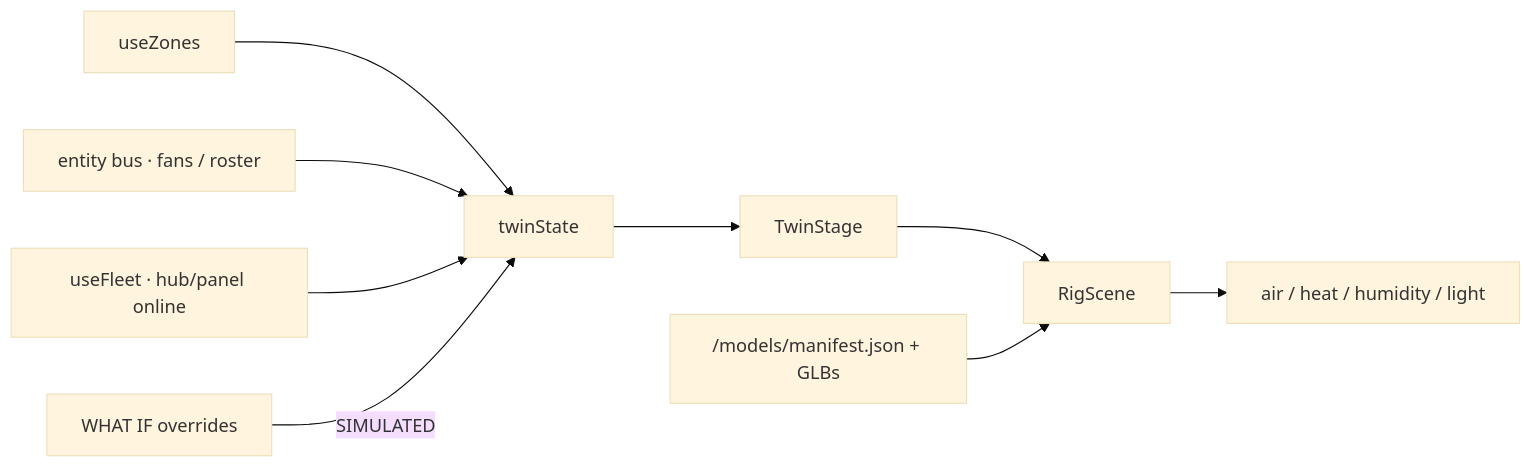
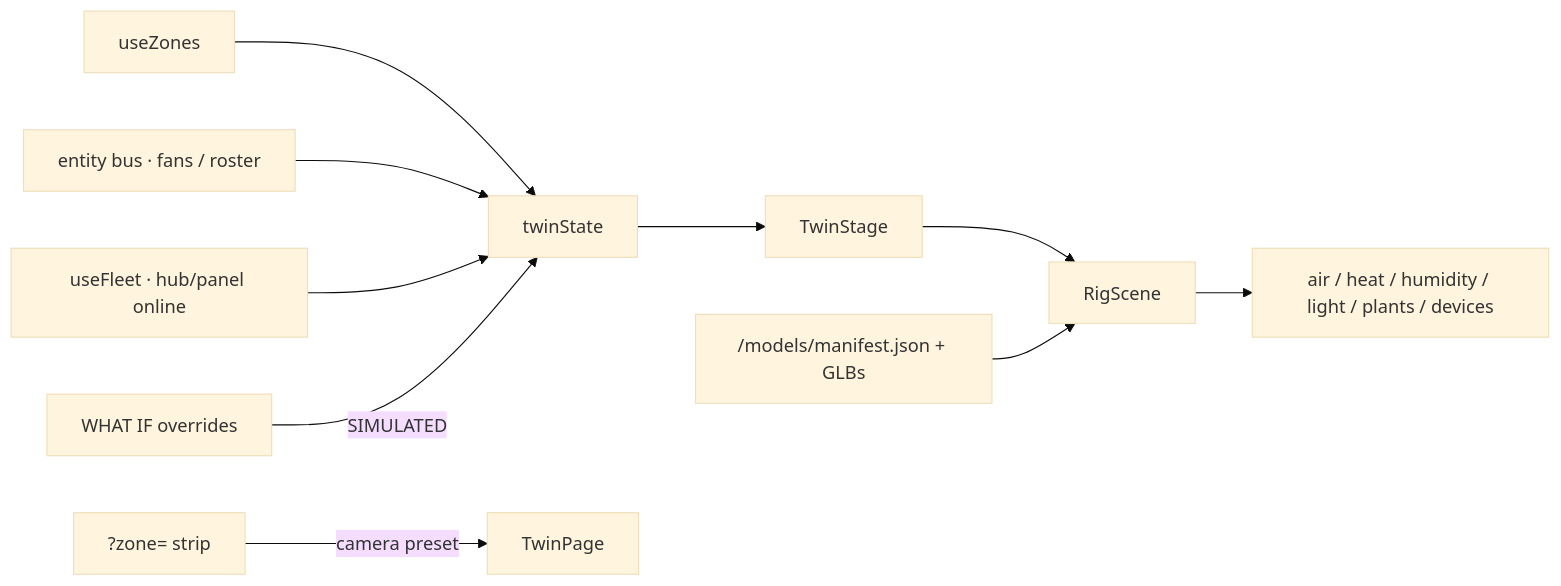
One commit to weddas/DSC-HUB changed the diagram in docs/brain/TWIN.md. Above: the diagram before and after it, drawn with Mermaid (base theme). The commit also changed other lines of this file and 2 other files, not shown here.

First line of the commit message:
docs: pack 3 twin desk SoT + clear stale desk-nav open item

````diff
--- a/docs/brain/TWIN.md
+++ b/docs/brain/TWIN.md
@@ -19,11 +19,12 @@
 ```mermaid
 flowchart LR
   zones["useZones"] --> state[twinState]
   bus["entity bus · fans / roster"] --> state
   fleet["useFleet · hub/panel online"] --> state
   overrides["WHAT IF overrides"] -->|SIMULATED| state
   state --> stage[TwinStage]
   stage --> rig[RigScene]
-  rig --> layers[air / heat / humidity / light]
+  rig --> layers[air / heat / humidity / light / plants / devices]
   manifest["/models/manifest.json + GLBs"] --> rig
+  focus["?zone= strip"] -->|camera preset| page[TwinPage]
 ```
````
